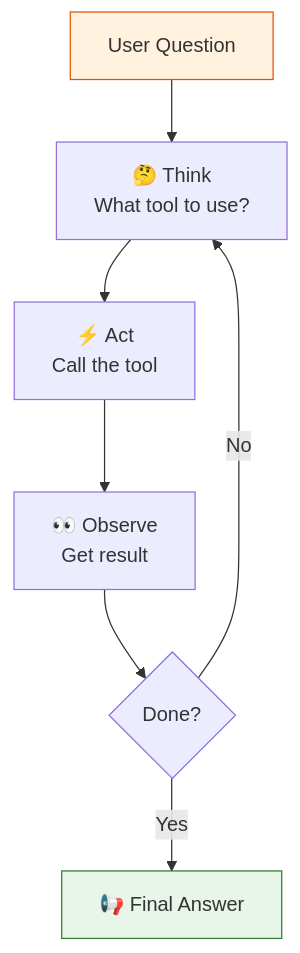
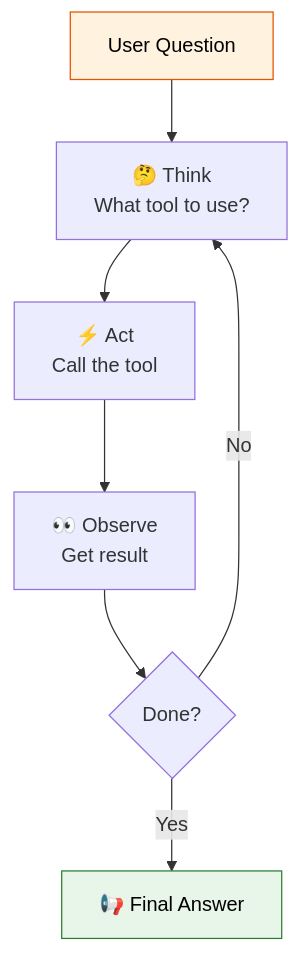
Before and after one commit to remolaan/Agentic-AI-Cookbook: the sixth of 6 diagrams in README.md, drawn with Mermaid. The commit also changed other lines of this file and 45 other files, not shown here.

Commit message:
Fix Mermaid diagram text colors for readability across all READMEs

````diff
--- a/README.md
+++ b/README.md
@@ -137,12 +137,12 @@
 ```mermaid
 flowchart TD
     Q["User Question"] --> T["🤔 Think<br/>What tool to use?"]
     T --> A["⚡ Act<br/>Call the tool"]
     A --> O["👀 Observe<br/>Get result"]
     O --> D{"Done?"}
     D -->|No| T
     D -->|Yes| R["📢 Final Answer"]
     
-    style Q fill:#fff3e0,stroke:#e65100
-    style R fill:#e8f5e9,stroke:#2e7d32
+    style Q fill:#fff3e0,stroke:#e65100,color:#000000
+    style R fill:#e8f5e9,stroke:#2e7d32,color:#000000
 ```
````
